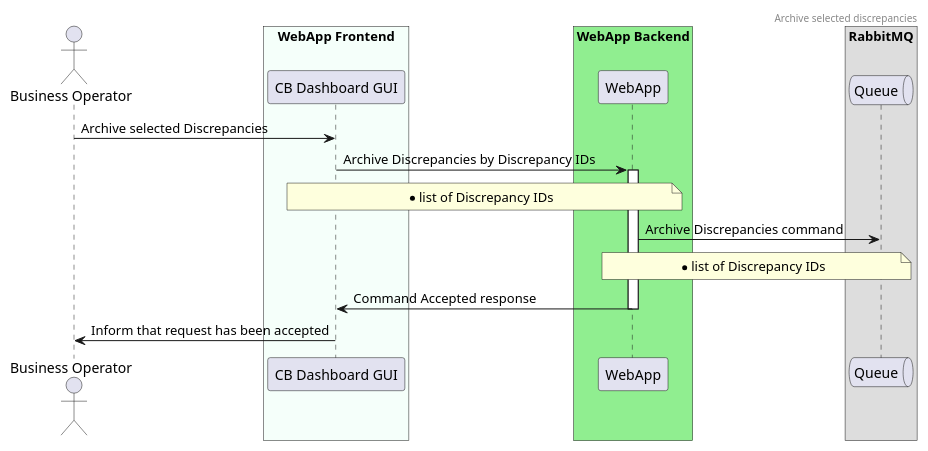
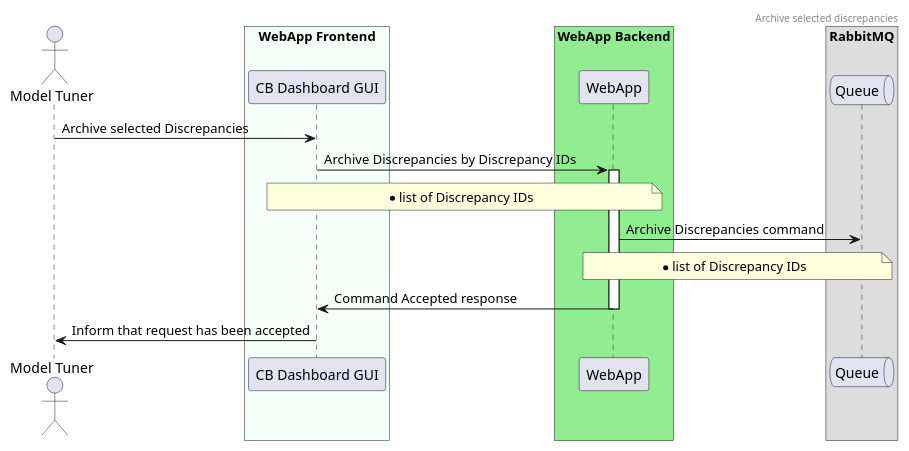
Before and after one commit to ngraczykowski/iris-root: the diagram in modules/webapp/sens-webapp-documentation/src/docs/asciidoc/hld/2020-06-16_archive-discrepacies.adoc, drawn with PlantUML. The commit also changed other lines of this file and 55 other files, not shown here.

```diff
--- a/modules/webapp/sens-webapp-documentation/src/docs/asciidoc/hld/2020-06-16_archive-discrepacies.adoc
+++ b/modules/webapp/sens-webapp-documentation/src/docs/asciidoc/hld/2020-06-16_archive-discrepacies.adoc
@@ -7,40 +7,40 @@
 [plantuml,bo-archives-discrepancies,svg]
 -----
 @startuml
 header Archive selected discrepancies
 
-actor "Business Operator"
+actor "Model Tuner"
 
 box "WebApp Frontend" #MintCream
     participant Frontend as "CB Dashboard GUI"
 end box
 
 box "WebApp Backend" #LightGreen
     participant Backend as "WebApp"
 end box
 
 box "RabbitMQ"
     queue Queue
 end box
 
-"Business Operator" -> Frontend : Archive selected Discrepancies
+"Model Tuner" -> Frontend : Archive selected Discrepancies
 
 Frontend -> Backend : Archive Discrepancies by Discrepancy IDs
 note over Frontend, Backend
     * list of Discrepancy IDs
 end note
 
 activate Backend
 Backend -> Queue : Archive Discrepancies command
 note over Backend, Queue
      * list of Discrepancy IDs
 end note
 
 Backend -> Frontend : Command Accepted response
 deactivate Backend
-Frontend->"Business Operator": Inform that request has been accepted
+Frontend->"Model Tuner": Inform that request has been accepted
 
 
 @enduml
 
 -----
```
